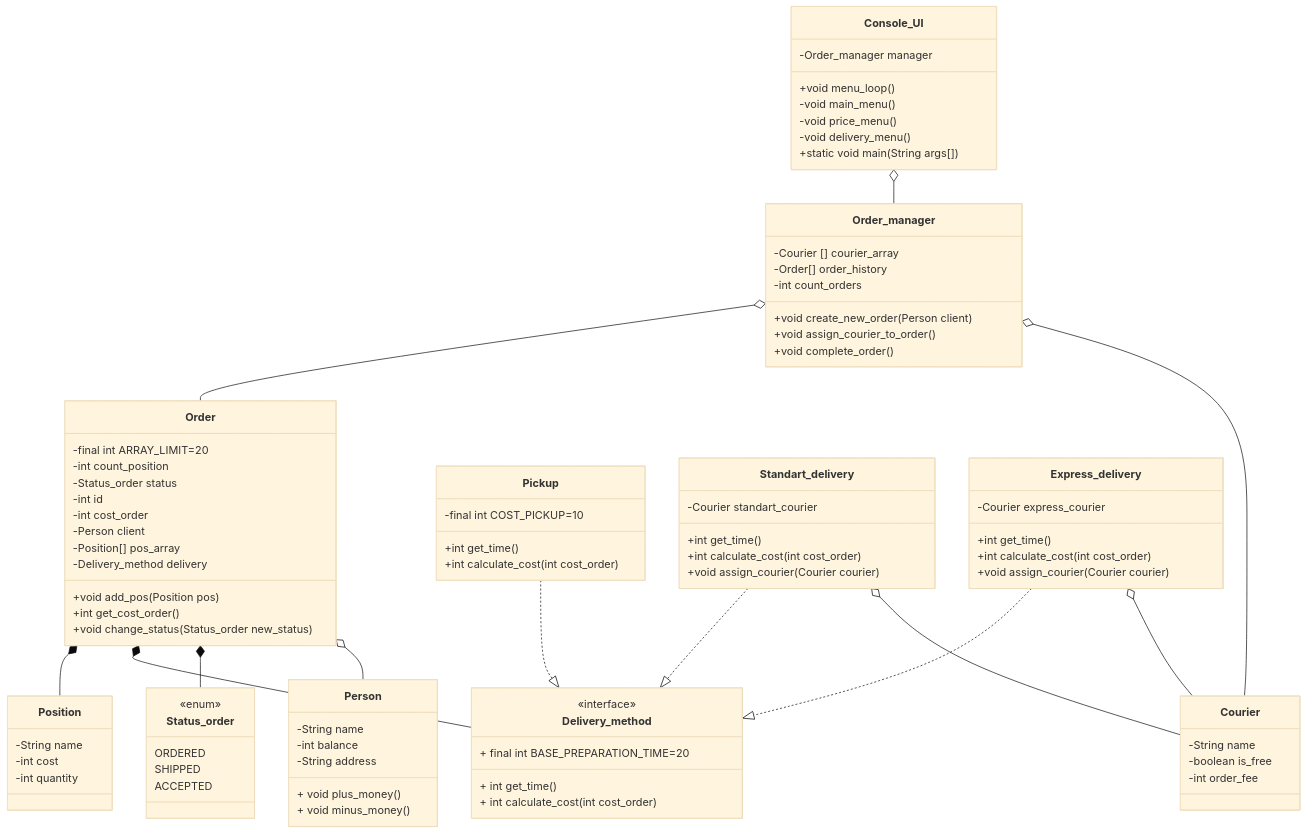
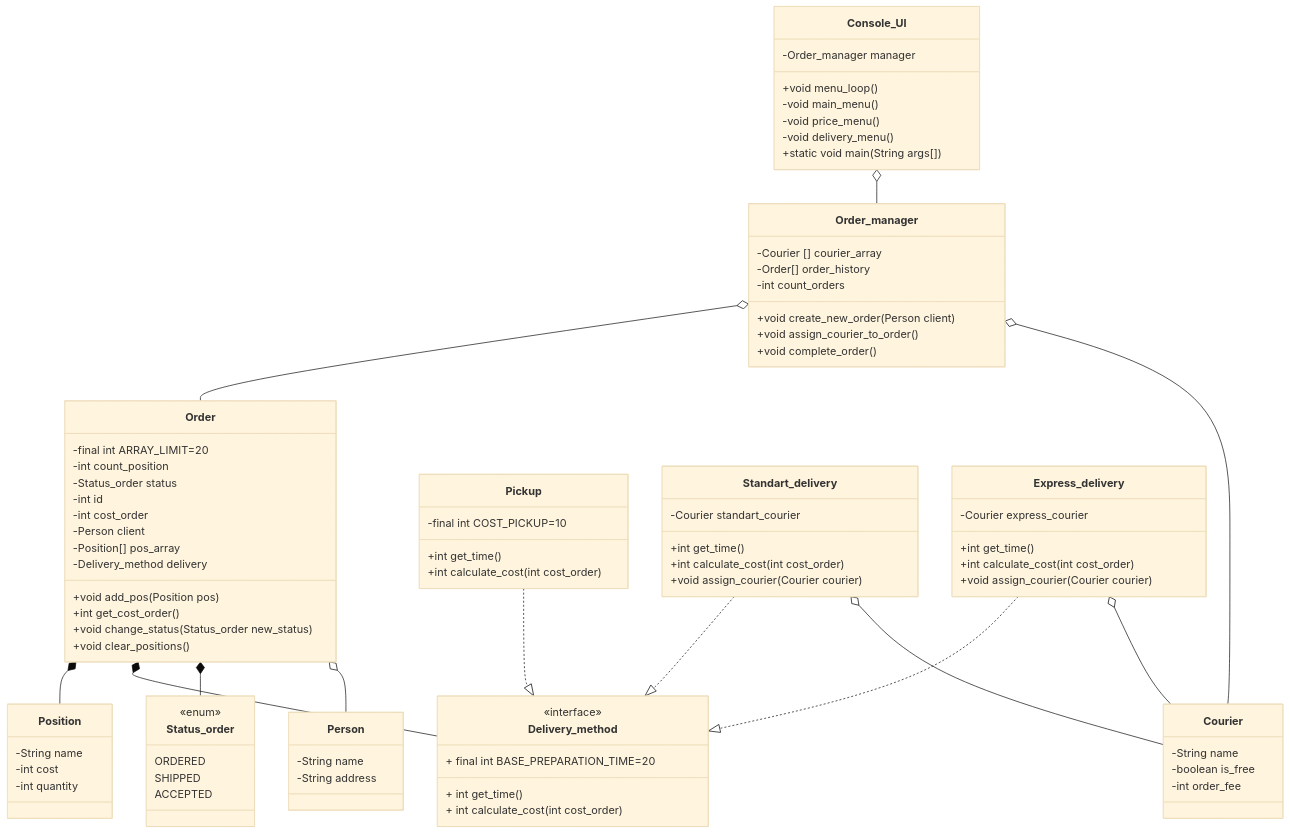
Before and after one commit to kirillkushaev2007-boop/Labaratory1: the diagram in README.md, drawn with Mermaid (base theme).

Commit message:
Update README.md
Delete field balance in Person

```diff
--- a/README.md
+++ b/README.md
@@ -16,10 +16,7 @@
    %% Клиент (Person)
    class Person{
        -String name
-       -int balance
        -String address
-       + void plus_money()
-       + void minus_money()
    }
    %% Заказ (Order)
    class Order {
@@ -36,6 +33,8 @@
       +int get_cost_order()
          %%Считает стоимость всего заказа
       +void change_status(Status_order new_status)
+      +void clear_positions()
+         %%Очищает корзину
    }
    %% Курьер (Courier)
    class Courier {
```
